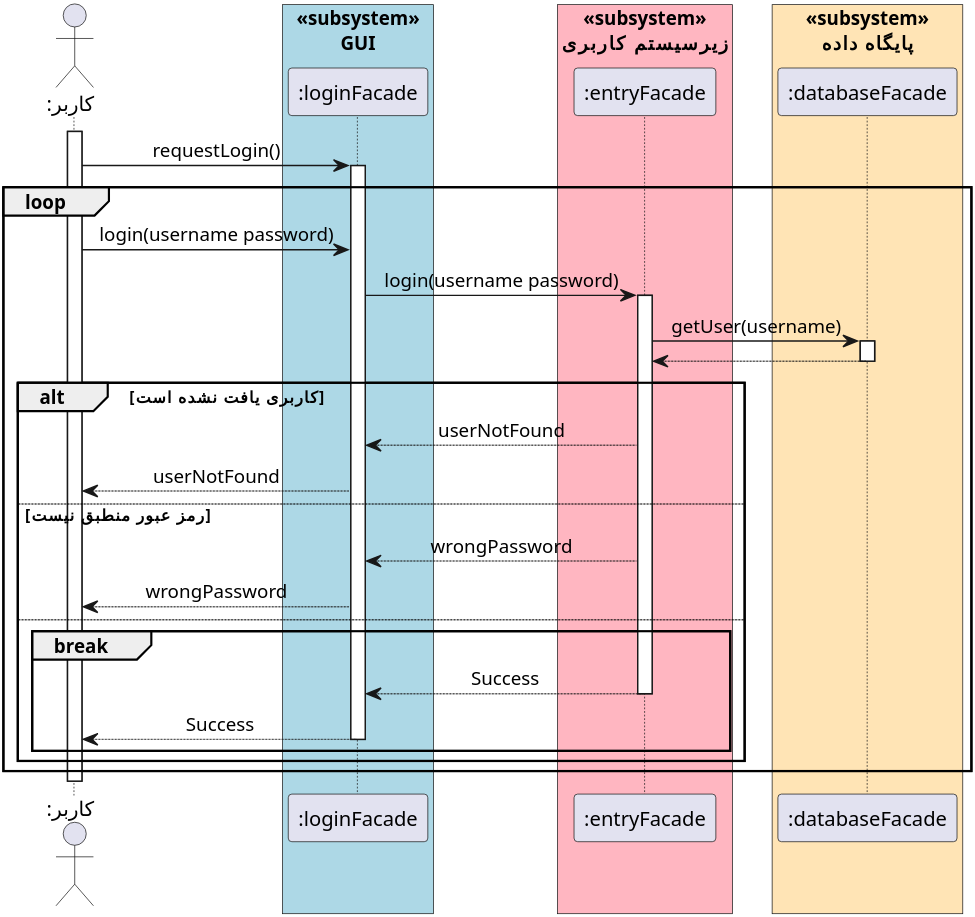
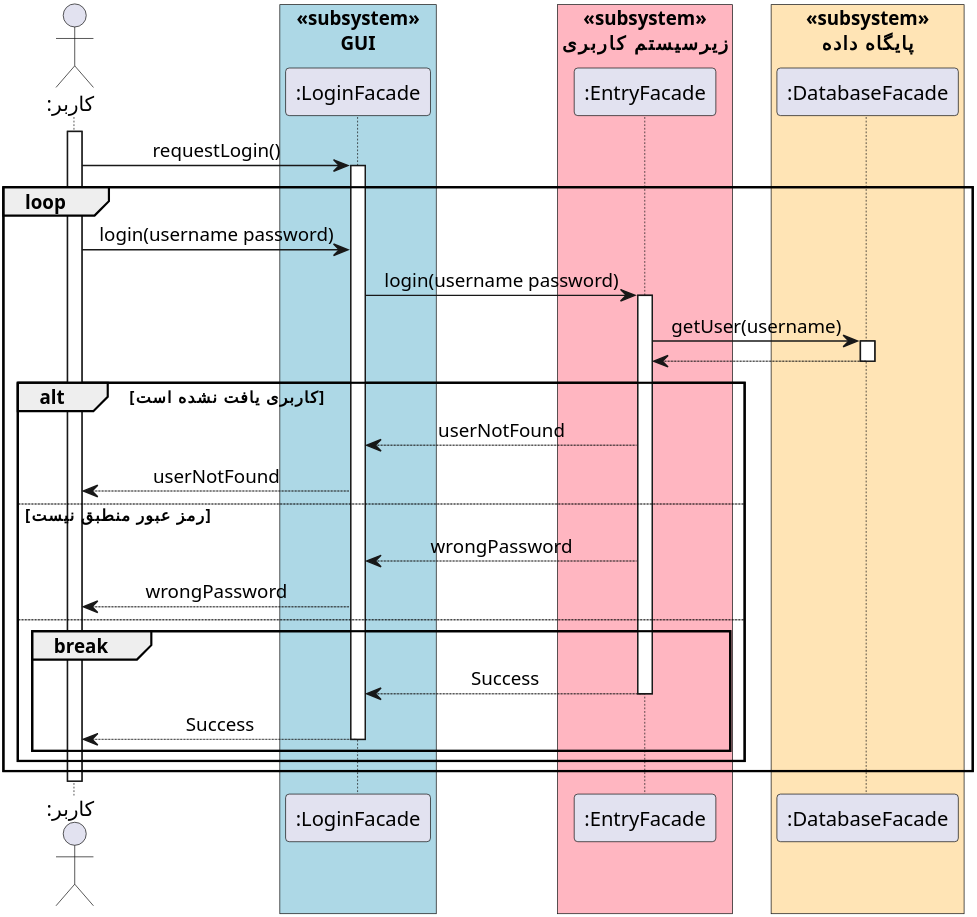
Before and after one commit to soleyman79/Qasedak: the diagram in Diagrams/Design Sequence/Login.puml, drawn with PlantUML. The commit also changed 2 other files, not shown here.

```diff
--- a/Diagrams/Design Sequence/Login.puml
+++ b/Diagrams/Design Sequence/Login.puml
@@ -1,52 +1,52 @@
 @startuml login
 
 
 scale 4
 skinparam DefaultFontName Vazir
 skinparam DefaultTextAlignment center
 
  
 actor ":کاربر" as user
 box "«subsystem»\nGUI" #LightBlue
-participant ":loginFacade" as ui
+participant ":LoginFacade" as ui
 end box
 box "«subsystem»\nزیرسیستم کاربری" #LightPink
-participant ":entryFacade" as entry_facade
+participant ":EntryFacade" as entryFacade
 end box
 box "«subsystem»\nپایگاه داده" #Moccasin
-participant ":databaseFacade" as db_facade
+participant ":DatabaseFacade" as db
 end box
 
 activate user
 user -> ui: requestLogin()
 activate ui
 
 loop
     user -> ui: login(username password)
-    ui -> entry_facade: login(username password)
-    activate entry_facade
-    entry_facade -> db_facade: getUser(username)
-    activate db_facade
-    db_facade --> entry_facade
-    deactivate db_facade
+    ui -> entryFacade: login(username password)
+    activate entryFacade
+    entryFacade -> db: getUser(username)
+    activate db
+    db --> entryFacade
+    deactivate db
 
     alt کاربری یافت نشده است
-        entry_facade --> ui: userNotFound
+        entryFacade --> ui: userNotFound
         ui --> user: userNotFound
     else رمز عبور منطبق نیست
-        entry_facade --> ui: wrongPassword
+        entryFacade --> ui: wrongPassword
         ui --> user: wrongPassword
     else
         break
-            entry_facade --> ui: Success
-            deactivate entry_facade
+            entryFacade --> ui: Success
+            deactivate entryFacade
             ui --> user: Success
             deactivate ui
         end
     end
 end
 
 deactivate user
 
 
 @enduml
```
